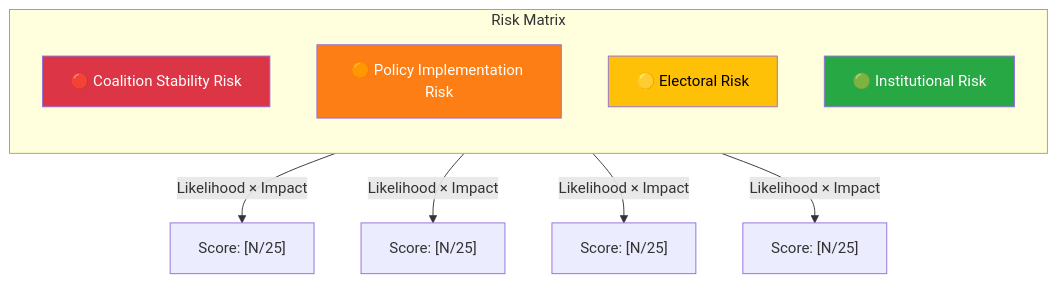
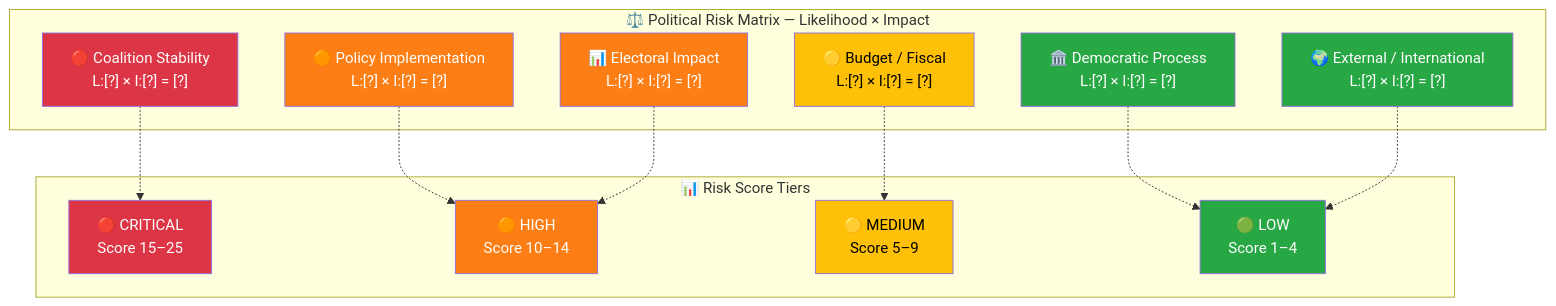
One commit to Hack23/riksdagsmonitor changed the third of 5 diagrams in analysis/templates/per-file-political-intelligence.md. Above: the diagram before and after it, drawn with Mermaid. The commit also changed other lines of this file and 3 other files, not shown here.

````diff
--- a/analysis/templates/per-file-political-intelligence.md
+++ b/analysis/templates/per-file-political-intelligence.md
@@ -126,20 +126,36 @@
 ```mermaid
 graph TD
-    subgraph "Risk Matrix"
-        direction TB
-        R1["🔴 Coalition Stability Risk"]
-        R2["🟠 Policy Implementation Risk"]
-        R3["🟡 Electoral Risk"]
-        R4["🟢 Institutional Risk"]
+    subgraph "⚖️ Political Risk Matrix — Likelihood × Impact"
+        R1["🔴 Coalition Stability<br/>L:[?] × I:[?] = [?]"]
+        R2["🟠 Policy Implementation<br/>L:[?] × I:[?] = [?]"]
+        R3["🟡 Budget / Fiscal<br/>L:[?] × I:[?] = [?]"]
+        R4["📊 Electoral Impact<br/>L:[?] × I:[?] = [?]"]
+        R5["🏛️ Democratic Process<br/>L:[?] × I:[?] = [?]"]
+        R6["🌍 External / International<br/>L:[?] × I:[?] = [?]"]
     end
     
-    R1 --> |"Likelihood × Impact"| S1["Score: [N/25]"]
-    R2 --> |"Likelihood × Impact"| S2["Score: [N/25]"]
-    R3 --> |"Likelihood × Impact"| S3["Score: [N/25]"]
-    R4 --> |"Likelihood × Impact"| S4["Score: [N/25]"]
+    subgraph "📊 Risk Score Tiers"
+        T1["🔴 CRITICAL<br/>Score 15–25"]
+        T2["🟠 HIGH<br/>Score 10–14"]
+        T3["🟡 MEDIUM<br/>Score 5–9"]
+        T4["🟢 LOW<br/>Score 1–4"]
+    end
+    
+    R1 -.-> T1
+    R2 -.-> T2
+    R3 -.-> T3
+    R4 -.-> T2
+    R5 -.-> T4
+    R6 -.-> T4
     
     style R1 fill:#dc3545,color:#fff
     style R2 fill:#fd7e14,color:#fff
     style R3 fill:#ffc107,color:#000
-    style R4 fill:#28a745,color:#fff
+    style R4 fill:#fd7e14,color:#fff
+    style R5 fill:#28a745,color:#fff
+    style R6 fill:#28a745,color:#fff
+    style T1 fill:#dc3545,color:#fff
+    style T2 fill:#fd7e14,color:#fff
+    style T3 fill:#ffc107,color:#000
+    style T4 fill:#28a745,color:#fff
 ```
````
